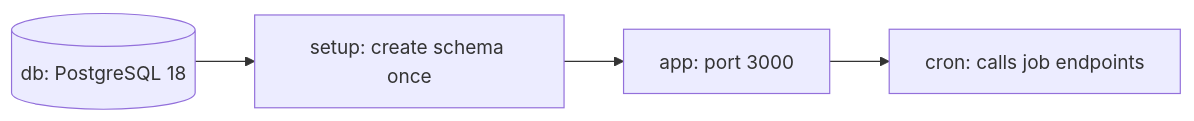
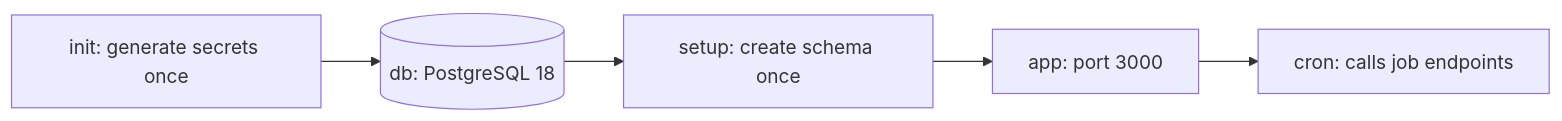
One commit to Kandid-ai/AgentSDR changed the diagram in docs/self-hosting/docker-compose.mdx. Above: the diagram before and after it, drawn with Mermaid. The commit also changed other lines of this file and 12 other files, not shown here.

````diff
--- a/docs/self-hosting/docker-compose.mdx
+++ b/docs/self-hosting/docker-compose.mdx
@@ -20,6 +32,7 @@
 ```mermaid
 flowchart LR
-  db[(db: PostgreSQL 18)] --> setup[setup: create schema once]
+  init[init: generate secrets once] --> db[(db: PostgreSQL 18)]
+  db --> setup[setup: create schema once]
   setup --> app[app: port 3000]
   app --> cron[cron: calls job endpoints]
 ```
````
